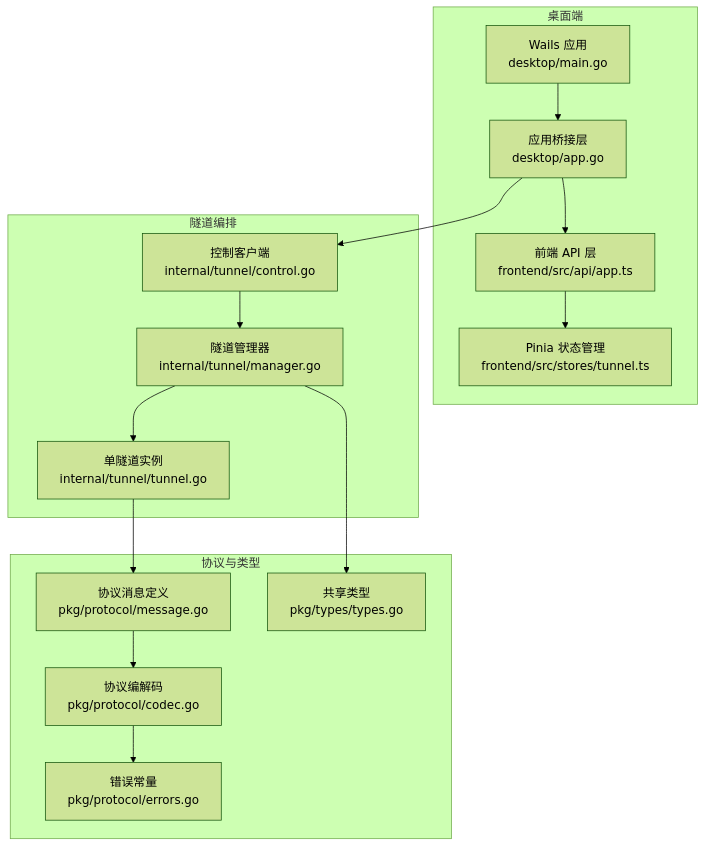
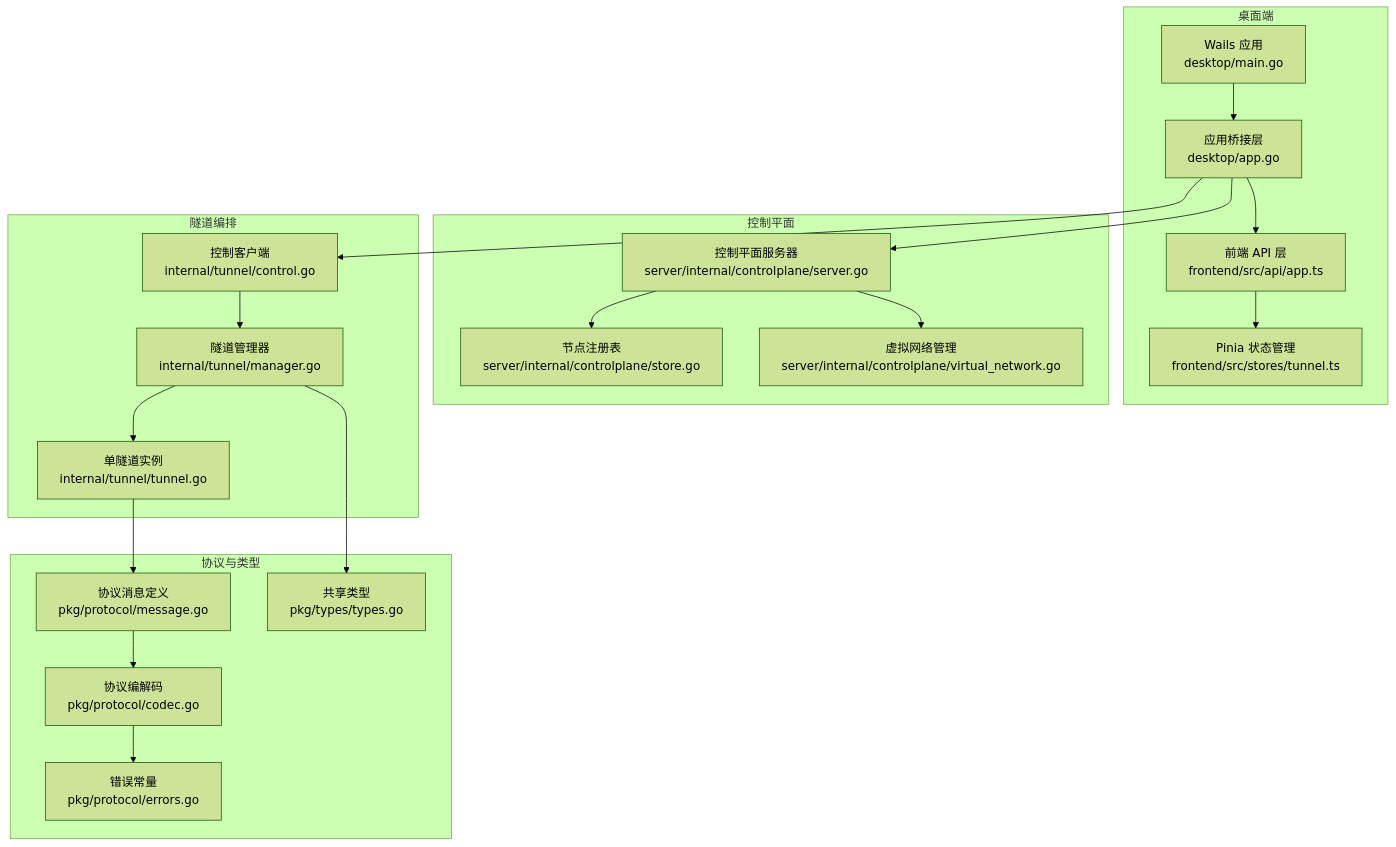
The first of 6 diagrams in .qoder/repowiki/zh/content/API接口参考/API接口参考.md (itsharex/NexTunnel), drawn with Mermaid (forest theme) before and after one commit. The commit also changed other lines of this file and 23 other files, not shown here.

````diff
--- a/.qoder/repowiki/zh/content/API接口参考/API接口参考.md
+++ b/.qoder/repowiki/zh/content/API接口参考/API接口参考.md
@@ -48,30 +63,38 @@
 ```mermaid
 graph TB
 subgraph "桌面端"
 A["Wails 应用<br/>desktop/main.go"]
 B["应用桥接层<br/>desktop/app.go"]
 C["前端 API 层<br/>frontend/src/api/app.ts"]
 D["Pinia 状态管理<br/>frontend/src/stores/tunnel.ts"]
 end
+subgraph "控制平面"
+E["控制平面服务器<br/>server/internal/controlplane/server.go"]
+F["节点注册表<br/>server/internal/controlplane/store.go"]
+G["虚拟网络管理<br/>server/internal/controlplane/virtual_network.go"]
+end
 subgraph "隧道编排"
-E["控制客户端<br/>internal/tunnel/control.go"]
-F["隧道管理器<br/>internal/tunnel/manager.go"]
-G["单隧道实例<br/>internal/tunnel/tunnel.go"]
+H["控制客户端<br/>internal/tunnel/control.go"]
+I["隧道管理器<br/>internal/tunnel/manager.go"]
+J["单隧道实例<br/>internal/tunnel/tunnel.go"]
 end
 subgraph "协议与类型"
-H["协议消息定义<br/>pkg/protocol/message.go"]
-I["协议编解码<br/>pkg/protocol/codec.go"]
-J["错误常量<br/>pkg/protocol/errors.go"]
-K["共享类型<br/>pkg/types/types.go"]
+K["协议消息定义<br/>pkg/protocol/message.go"]
+L["协议编解码<br/>pkg/protocol/codec.go"]
+M["错误常量<br/>pkg/protocol/errors.go"]
+N["共享类型<br/>pkg/types/types.go"]
 end
 A --> B
 B --> C
 C --> D
 B --> E
 E --> F
-F --> G
-G --> H
+E --> G
+B --> H
 H --> I
 I --> J
-F --> K
+J --> K
+K --> L
+L --> M
+I --> N
 ```
````
